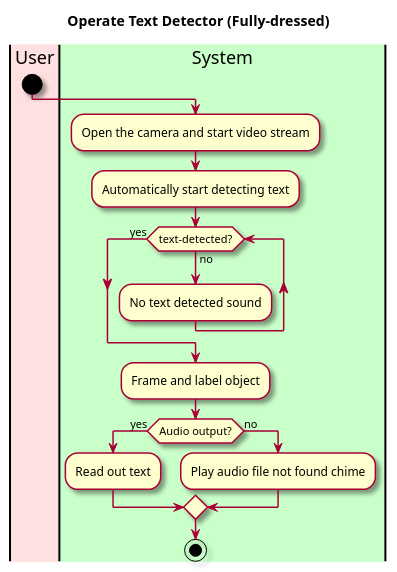
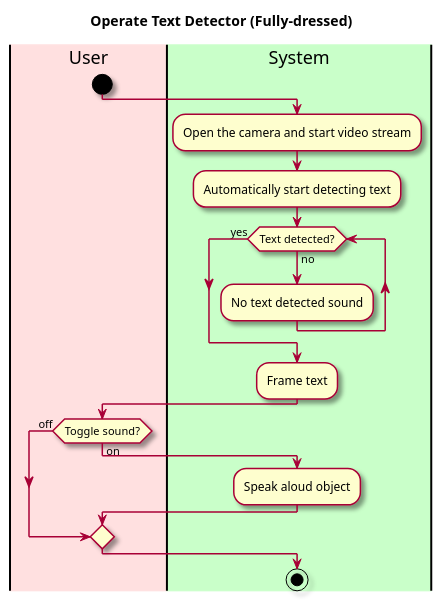
The diagram in intellij/doc/use-cases/recognize-text.md (tonyh1306/OBRE-Vision-through-a-screen), drawn with PlantUML before and after one commit. The commit also changed 5 other files, not shown here.

````diff
--- a/intellij/doc/use-cases/recognize-text.md
+++ b/intellij/doc/use-cases/recognize-text.md
@@ -30,29 +30,30 @@
 ```plantuml
 @startuml
 
 skin rose
 
 title Operate Text Detector (Fully-dressed)
 
 'define the lanes
 |#implementation|User|
 |#technology|System|
 
 |User|
 start
 
 |System|
 :Open the camera and start video stream;
 :Automatically start detecting text;
-while (text-detected?) is (no)
+while (Text detected?) is (no)
 :No text detected sound;
 endwhile(yes)
-:Frame and label object;
-if (Audio output?) then (yes)
-:Read out text;
-else (no)
-:Play audio file not found chime;
+:Frame text;
+|User|
+if (Toggle sound?) is (on) then
+|System|
+:Speak aloud object;
+else (off)
 endif
 stop
 @enduml
 ```
````
